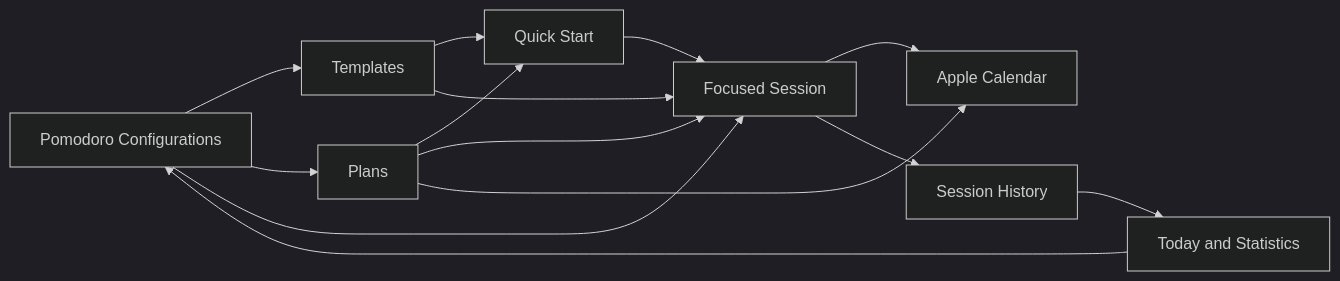
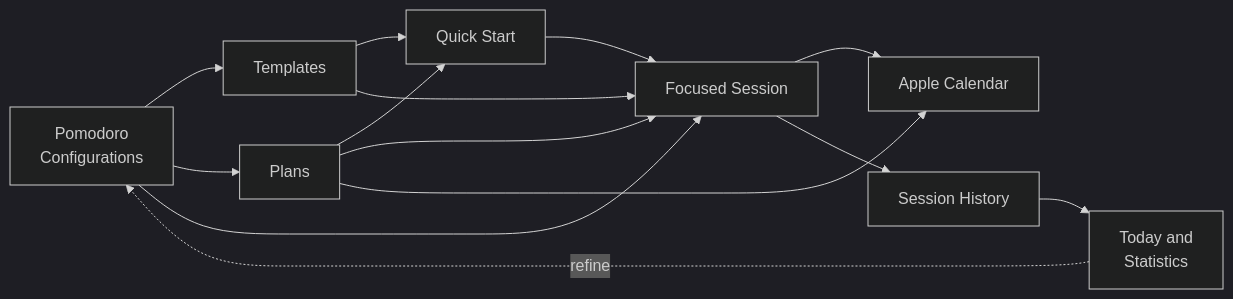
One commit to abarman152/TimeFrame_macOS changed the first of 4 diagrams in README.md. Above: the diagram before and after it, drawn with Mermaid (dark theme). The commit also changed other lines of this file, not shown here.

````diff
--- a/README.md
+++ b/README.md
@@ -217,25 +285,25 @@
 ```mermaid
 flowchart LR
-    Config[Pomodoro Configurations]
-    Template[Templates]
-    Plan[Plans]
-    Quick[Quick Start]
-    Focus[Focused Session]
-    Calendar[Apple Calendar]
-    History[Session History]
-    Stats[Today and Statistics]
+    Config["Pomodoro<br>Configurations"]
+    Template["Templates"]
+    Plan["Plans"]
+    Quick["Quick Start"]
+    Focus["Focused Session"]
+    Calendar["Apple Calendar"]
+    History["Session History"]
+    Stats["Today and<br>Statistics"]
 
     Config --> Template
     Config --> Plan
+    Config --> Focus
     Template --> Quick
     Plan --> Quick
     Template --> Focus
     Plan --> Focus
-    Config --> Focus
     Quick --> Focus
     Plan --> Calendar
     Focus --> Calendar
     Focus --> History
     History --> Stats
-    Stats --> Config
+    Stats -.->|refine| Config
 ```
````
